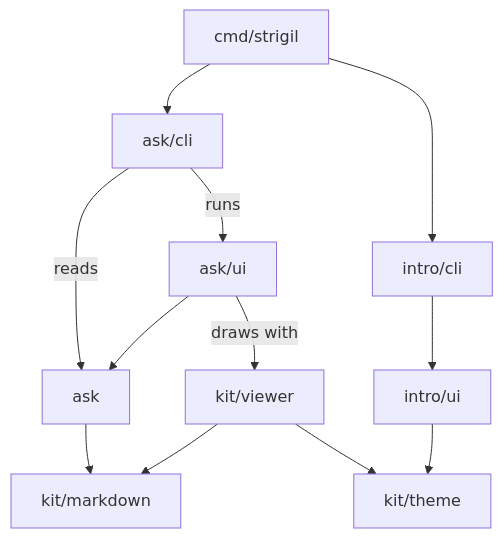
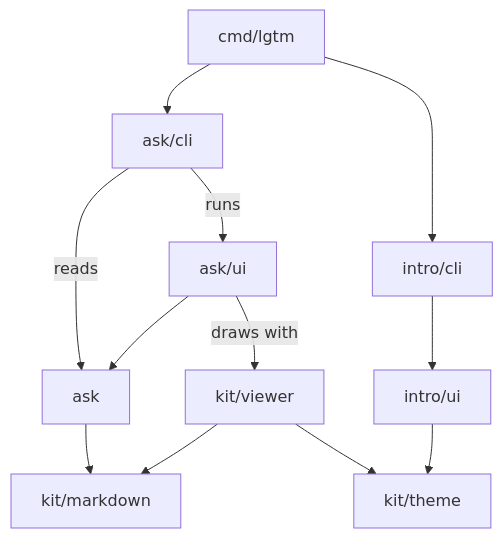
Before and after one commit to mdijkstra-oss/lgtm: the second of 2 diagrams in internal/features/ask/docs/blocks.md, drawn with Mermaid. The commit also changed other lines of this file and 75 other files, not shown here.

````diff
--- a/internal/features/ask/docs/blocks.md
+++ b/internal/features/ask/docs/blocks.md
@@ -119,14 +119,14 @@
 ```mermaid
 flowchart TD
-  strigil["cmd/strigil"] --> askcli["ask/cli"]
-  strigil --> introcli["intro/cli"]
+  lgtm["cmd/lgtm"] --> askcli["ask/cli"]
+  lgtm --> introcli["intro/cli"]
   askcli -->|reads| ask
   askcli -->|runs| askui["ask/ui"]
   ask --> md["kit/markdown"]
   askui --> ask
   askui -->|draws with| viewer["kit/viewer"]
   viewer --> md
   viewer --> theme["kit/theme"]
   introcli --> introui["intro/ui"]
   introui --> theme
 ```
````
